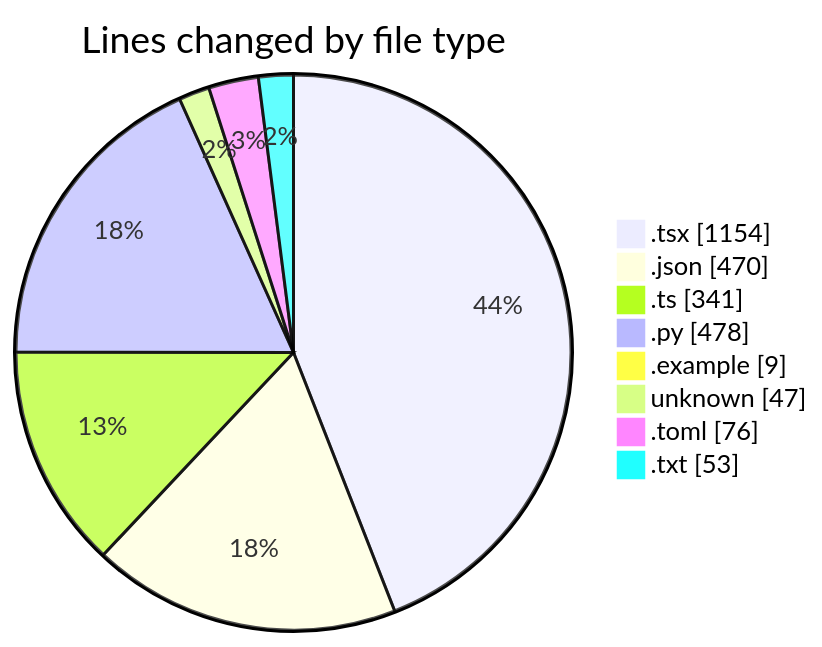
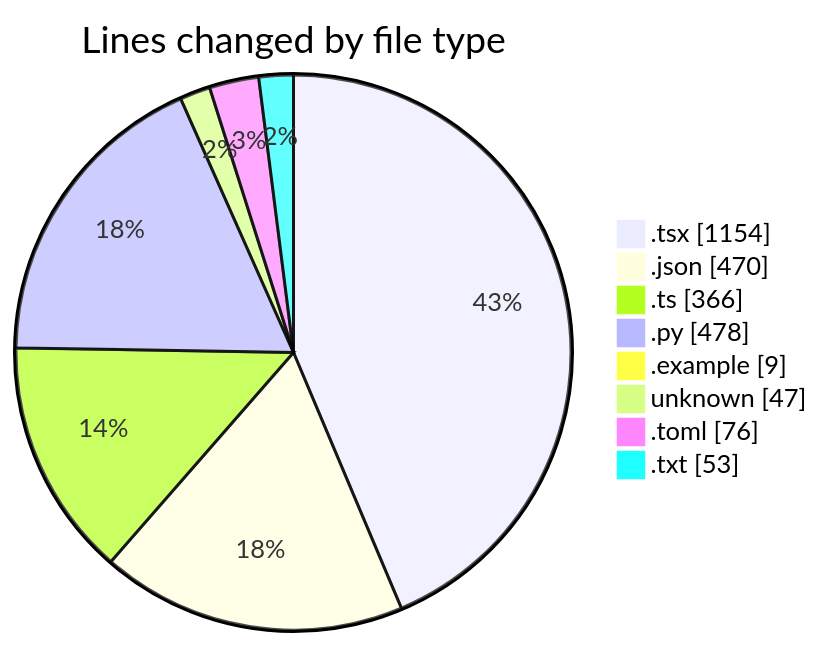
Before and after one commit to Elitesun/code-tracking: the first of 2 diagrams in 2025-04-30/niten/README.md, drawn with Mermaid. The commit also changed other lines of this file and 1 other file, not shown here.

````diff
--- a/2025-04-30/niten/README.md
+++ b/2025-04-30/niten/README.md
@@ -57,12 +57,12 @@
 ```mermaid
 pie showData
 title Lines changed by file type
 ".tsx" : 1154
 ".json" : 470
-".ts" : 341
+".ts" : 366
 ".py" : 478
 ".example" : 9
 "unknown" : 47
 ".toml" : 76
 ".txt" : 53
 ```
````
